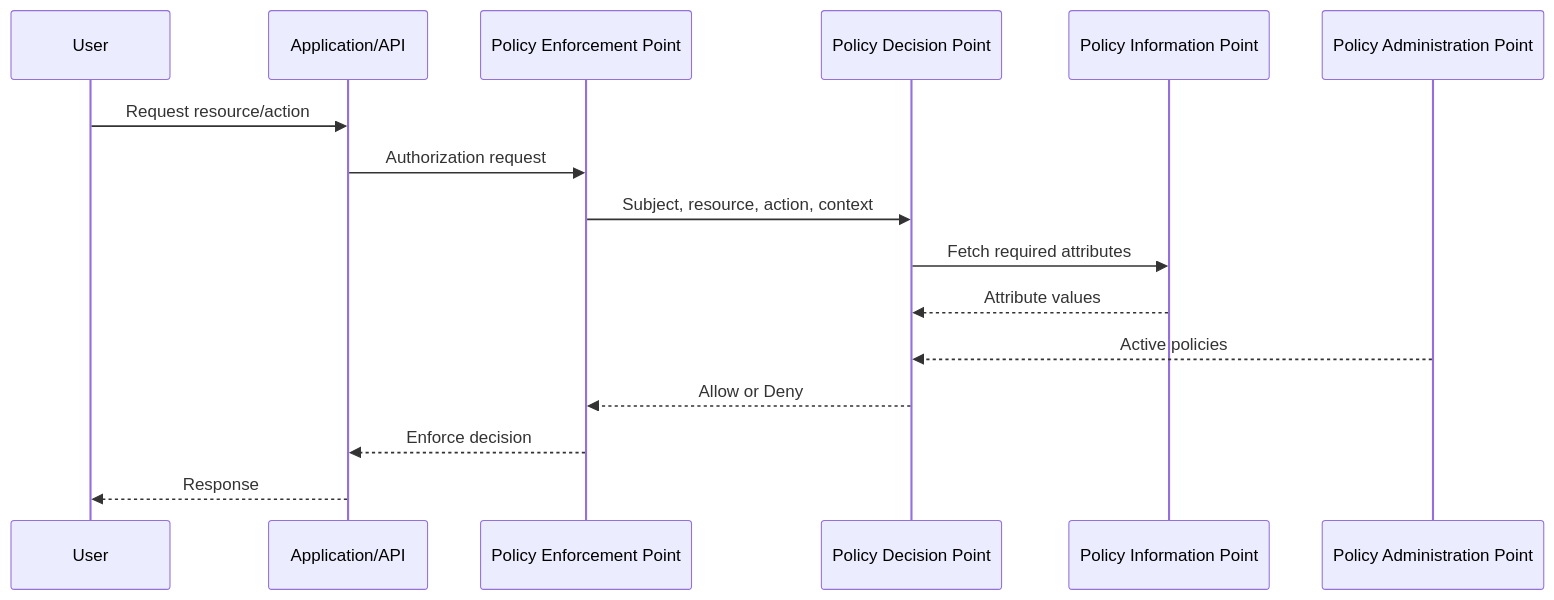
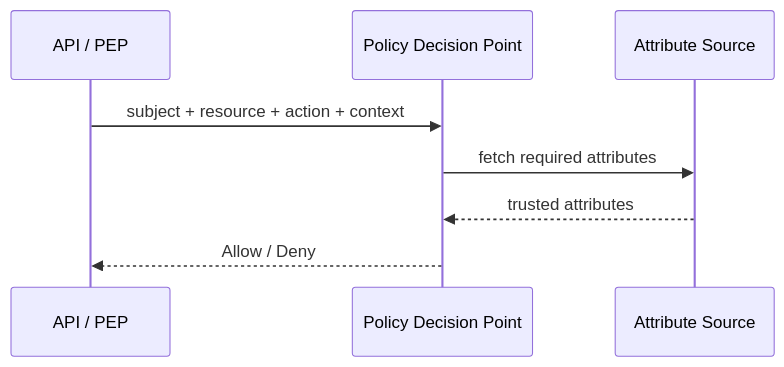
One commit to AvadhBhalodiya/Interview-Preparation changed the sixth of 9 diagrams in src/content/security/rbac-vs-abac.md. Above: the diagram before and after it, drawn with Mermaid. The commit also changed other lines of this file and 54 other files, not shown here.

````diff
--- a/src/content/security/rbac-vs-abac.md
+++ b/src/content/security/rbac-vs-abac.md
@@ -409,19 +397,11 @@
 ```mermaid
 sequenceDiagram
-    participant U as User
-    participant API as Application/API
-    participant PEP as Policy Enforcement Point
+    participant API as API / PEP
     participant PDP as Policy Decision Point
-    participant PIP as Policy Information Point
-    participant PAP as Policy Administration Point
+    participant PIP as Attribute Source
 
-    U->>API: Request resource/action
-    API->>PEP: Authorization request
-    PEP->>PDP: Subject, resource, action, context
-    PDP->>PIP: Fetch required attributes
-    PIP-->>PDP: Attribute values
-    PAP-->>PDP: Active policies
-    PDP-->>PEP: Allow or Deny
-    PEP-->>API: Enforce decision
-    API-->>U: Response
+    API->>PDP: subject + resource + action + context
+    PDP->>PIP: fetch required attributes
+    PIP-->>PDP: trusted attributes
+    PDP-->>API: Allow / Deny
 ```
````
